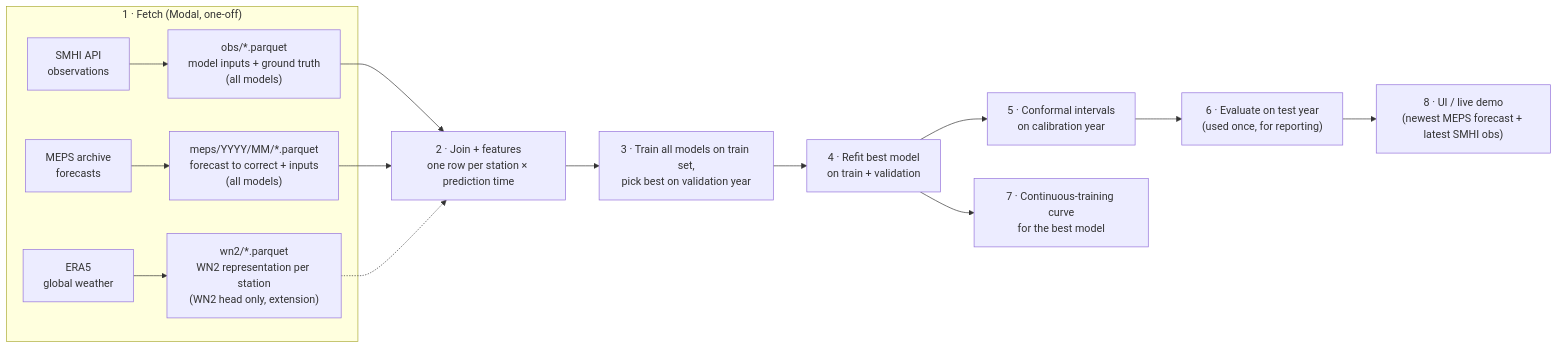
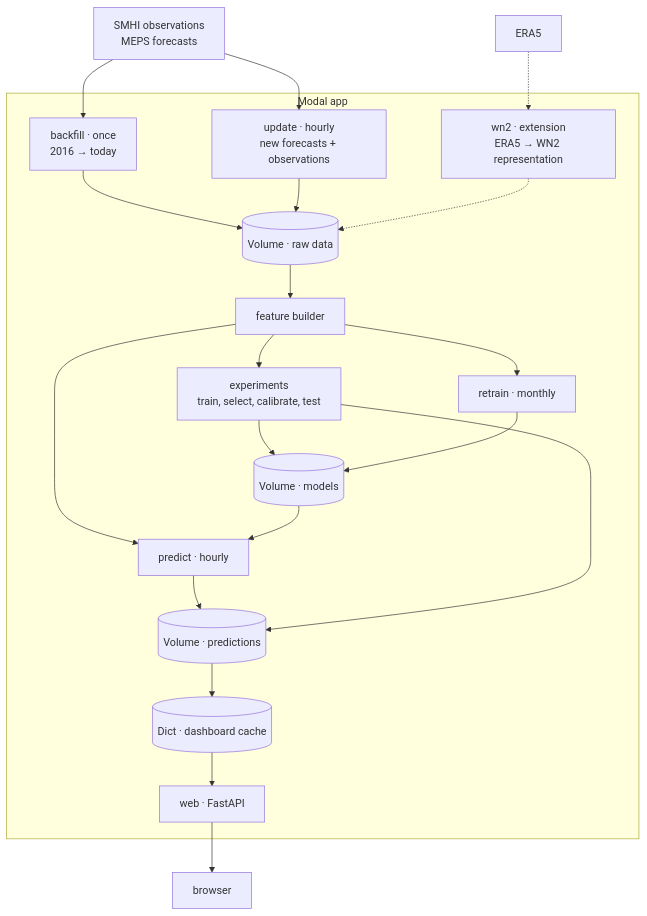
The second of 5 diagrams in docs/project-plan.md (danielruijs/weather-forecast-correction), drawn with Mermaid before and after one commit. The commit also changed other lines of this file, not shown here.

Commit message:
docs: extend pipeline overview in project plan

````diff
--- a/docs/project-plan.md
+++ b/docs/project-plan.md
@@ -45,17 +45,35 @@
 ```mermaid
-flowchart LR
-    subgraph fetch["1 · Fetch (Modal, one-off)"]
-        A1["SMHI API<br/>observations"] --> B1["obs/*.parquet<br/>model inputs + ground truth<br/>(all models)"]
-        A2["MEPS archive<br/>forecasts"] --> B2["meps/YYYY/MM/*.parquet<br/>forecast to correct + inputs<br/>(all models)"]
-        A3["ERA5<br/>global weather"] --> B3["wn2/*.parquet<br/>WN2 representation per station<br/>(WN2 head only, extension)"]
+flowchart TD
+    sources["SMHI observations<br/>MEPS forecasts"]
+    era5["ERA5"]
+
+    subgraph modal["Modal app"]
+        backfill["backfill · once<br/>2016 → today"]
+        update["update · hourly<br/>new forecasts + observations"]
+        wn2["wn2 · extension<br/>ERA5 → WN2 representation"]
+        raw[("Volume · raw data")]
+        features["feature builder"]
+        experiments["experiments<br/>train, select, calibrate, test"]
+        retrain["retrain · monthly"]
+        models[("Volume · models")]
+        predict["predict · hourly"]
+        archive[("Volume · predictions")]
+        cache[("Dict · dashboard cache")]
+        web["web · FastAPI"]
+
+        backfill --> raw
+        update --> raw
+        wn2 -.-> raw
+        raw --> features
+        features --> experiments --> models
+        features --> retrain --> models
+        features --> predict
+        models --> predict --> archive --> cache --> web
+        experiments --> archive
     end
-    B1 --> J["2 · Join + features<br/>one row per station × prediction time"]
-    B2 --> J
-    B3 -.-> J
-    J --> T["3 · Train all models on train set,<br/>pick best on validation year"]
-    T --> RF["4 · Refit best model<br/>on train + validation"]
-    RF --> C["5 · Conformal intervals<br/>on calibration year"]
-    C --> EV["6 · Evaluate on test year<br/>(used once, for reporting)"]
-    RF --> CT["7 · Continuous-training curve<br/>for the best model"]
-    EV --> UI["8 · UI / live demo<br/>(newest MEPS forecast + latest SMHI obs)"]
+
+    sources --> backfill
+    sources --> update
+    era5 -.-> wn2
+    web --> browser["browser"]
 ```
````
